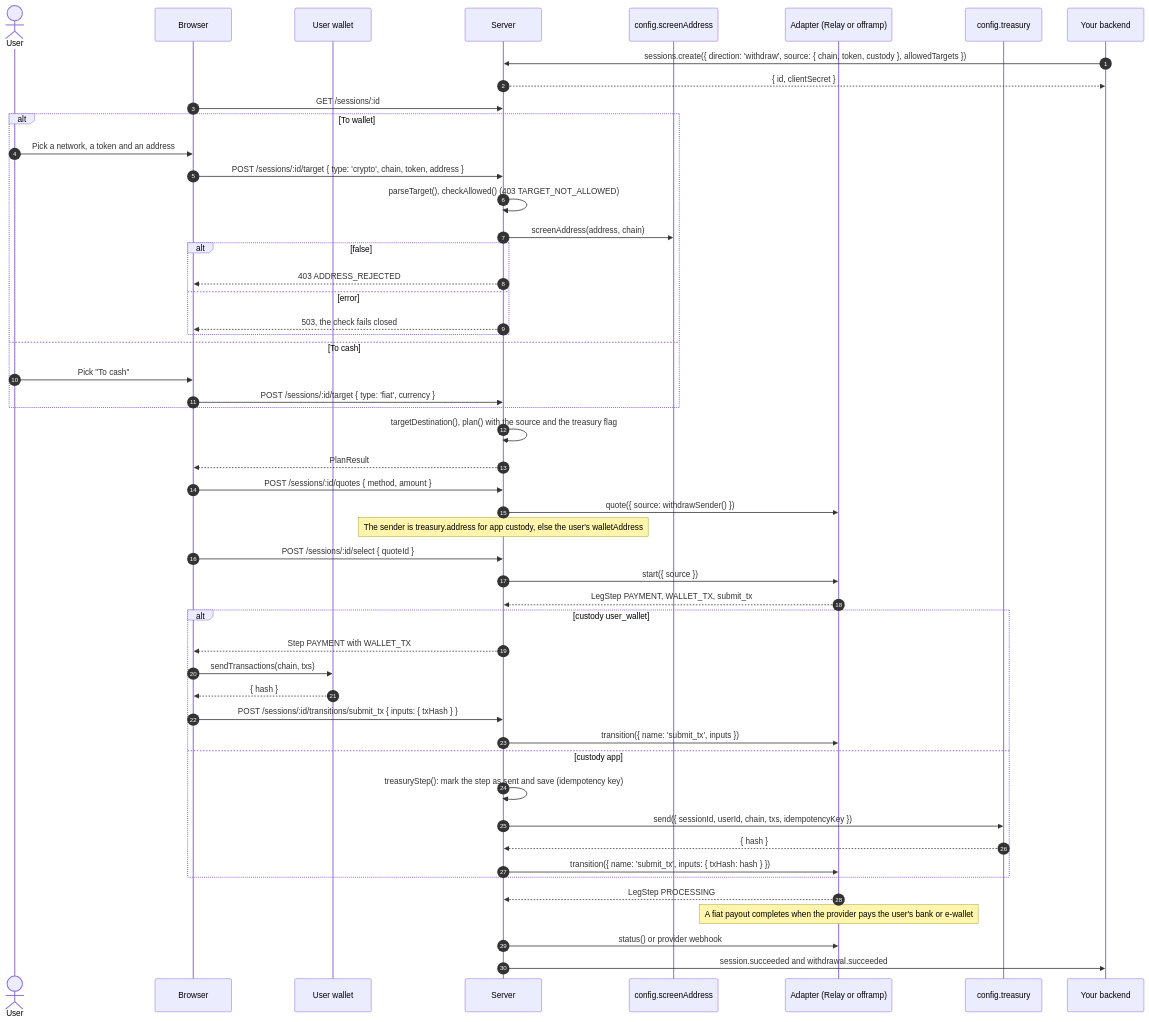
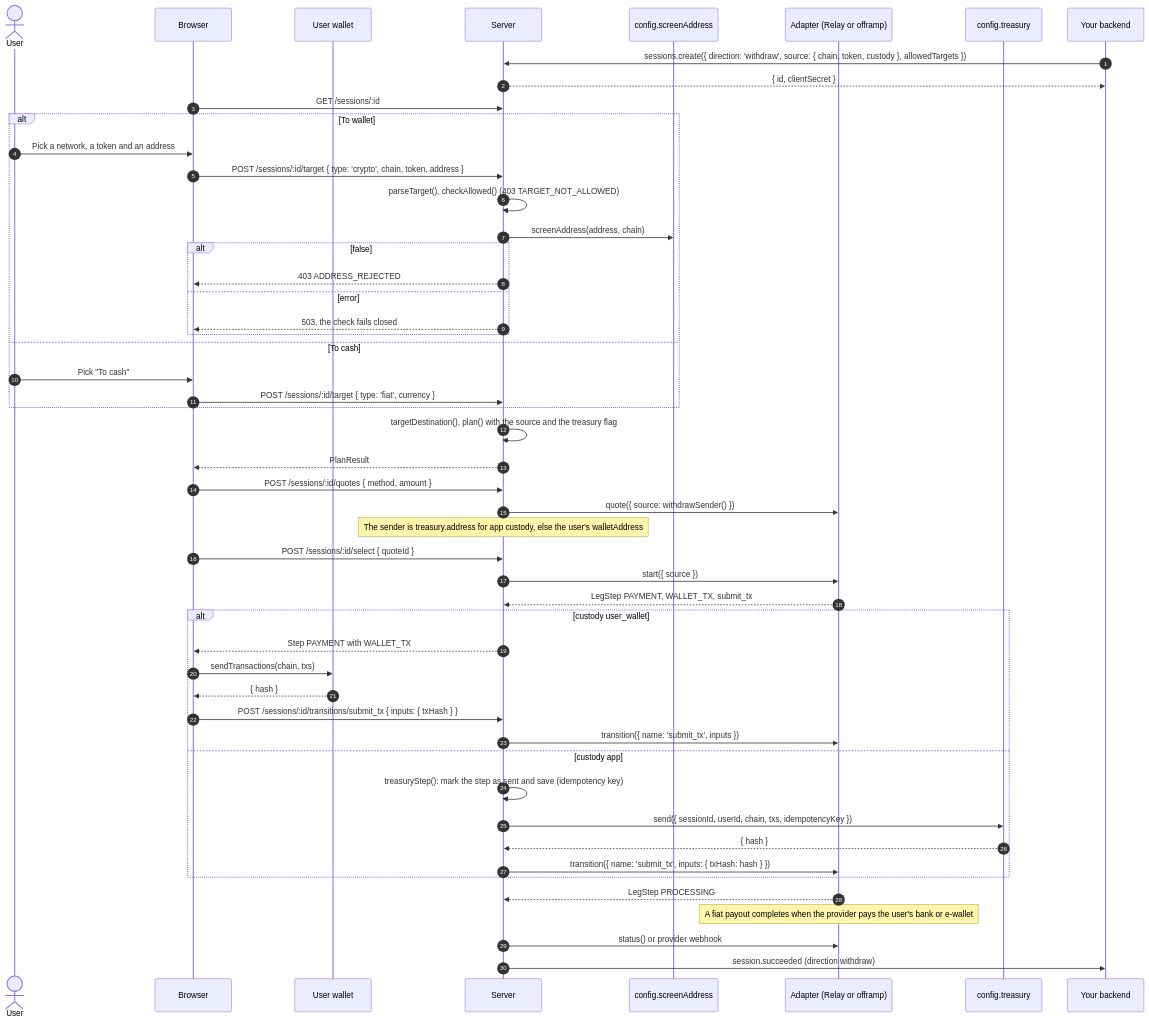
One commit to yosriady/openrampkit changed the ninth of 13 diagrams in docs/concepts/flows.md. Above: the diagram before and after it, drawn with Mermaid. The commit also changed other lines of this file and 72 other files, not shown here.

````diff
--- a/docs/concepts/flows.md
+++ b/docs/concepts/flows.md
@@ -412,53 +412,53 @@
 ```mermaid
 sequenceDiagram
   autonumber
   actor U as User
   participant B as Browser
   participant W as User wallet
   participant S as Server
   participant Scr as config.screenAddress
   participant A as Adapter (Relay or offramp)
   participant Tr as config.treasury
   participant App as Your backend
   App->>S: sessions.create({ direction: 'withdraw', source: { chain, token, custody }, allowedTargets })
   S-->>App: { id, clientSecret }
   B->>S: GET /sessions/:id
   alt To wallet
     U->>B: Pick a network, a token and an address
     B->>S: POST /sessions/:id/target { type: 'crypto', chain, token, address }
     S->>S: parseTarget(), checkAllowed() (403 TARGET_NOT_ALLOWED)
     S->>Scr: screenAddress(address, chain)
     alt false
       S-->>B: 403 ADDRESS_REJECTED
     else error
       S-->>B: 503, the check fails closed
     end
   else To cash
     U->>B: Pick "To cash"
     B->>S: POST /sessions/:id/target { type: 'fiat', currency }
   end
   S->>S: targetDestination(), plan() with the source and the treasury flag
   S-->>B: PlanResult
   B->>S: POST /sessions/:id/quotes { method, amount }
   S->>A: quote({ source: withdrawSender() })
   Note over S: The sender is treasury.address for app custody, else the user's walletAddress
   B->>S: POST /sessions/:id/select { quoteId }
   S->>A: start({ source })
   A-->>S: LegStep PAYMENT, WALLET_TX, submit_tx
   alt custody user_wallet
     S-->>B: Step PAYMENT with WALLET_TX
     B->>W: sendTransactions(chain, txs)
     W-->>B: { hash }
     B->>S: POST /sessions/:id/transitions/submit_tx { inputs: { txHash } }
     S->>A: transition({ name: 'submit_tx', inputs })
   else custody app
     S->>S: treasuryStep(): mark the step as sent and save (idempotency key)
     S->>Tr: send({ sessionId, userId, chain, txs, idempotencyKey })
     Tr-->>S: { hash }
     S->>A: transition({ name: 'submit_tx', inputs: { txHash: hash } })
   end
   A-->>S: LegStep PROCESSING
   Note over A: A fiat payout completes when the provider pays the user's bank or e-wallet
   S->>A: status() or provider webhook
-  S->>App: session.succeeded and withdrawal.succeeded
+  S->>App: session.succeeded (direction withdraw)
 ```
````
